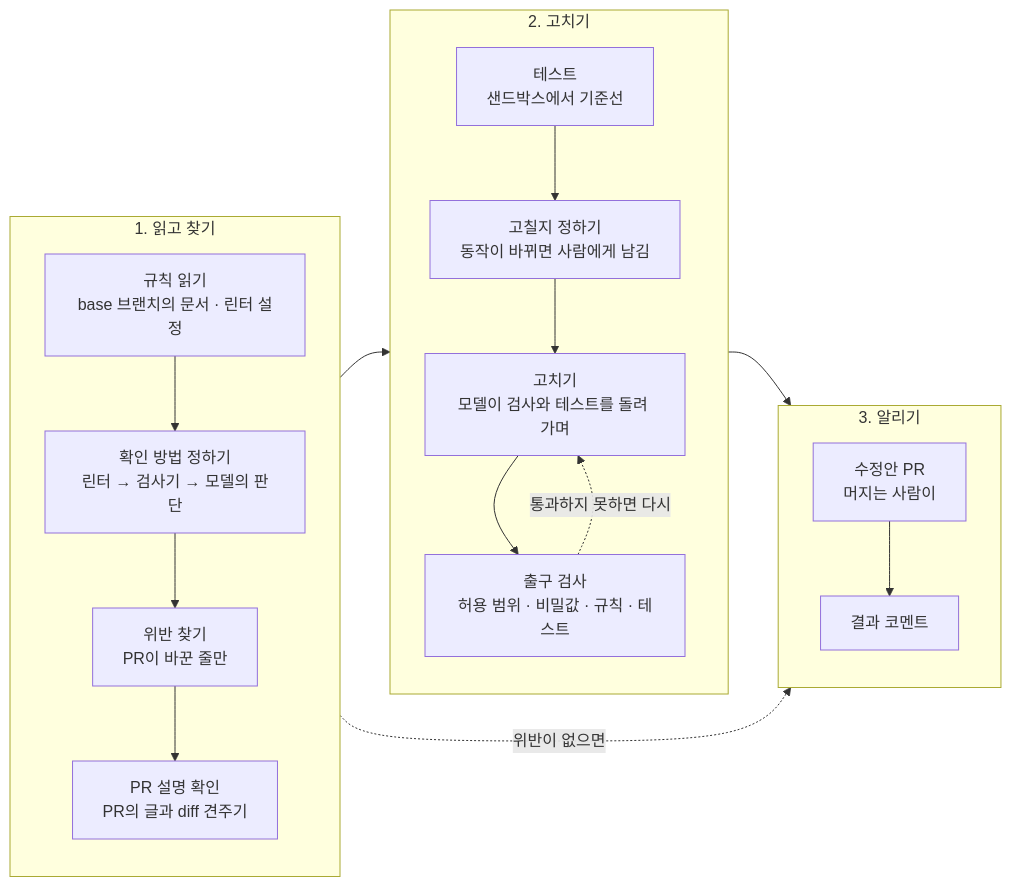
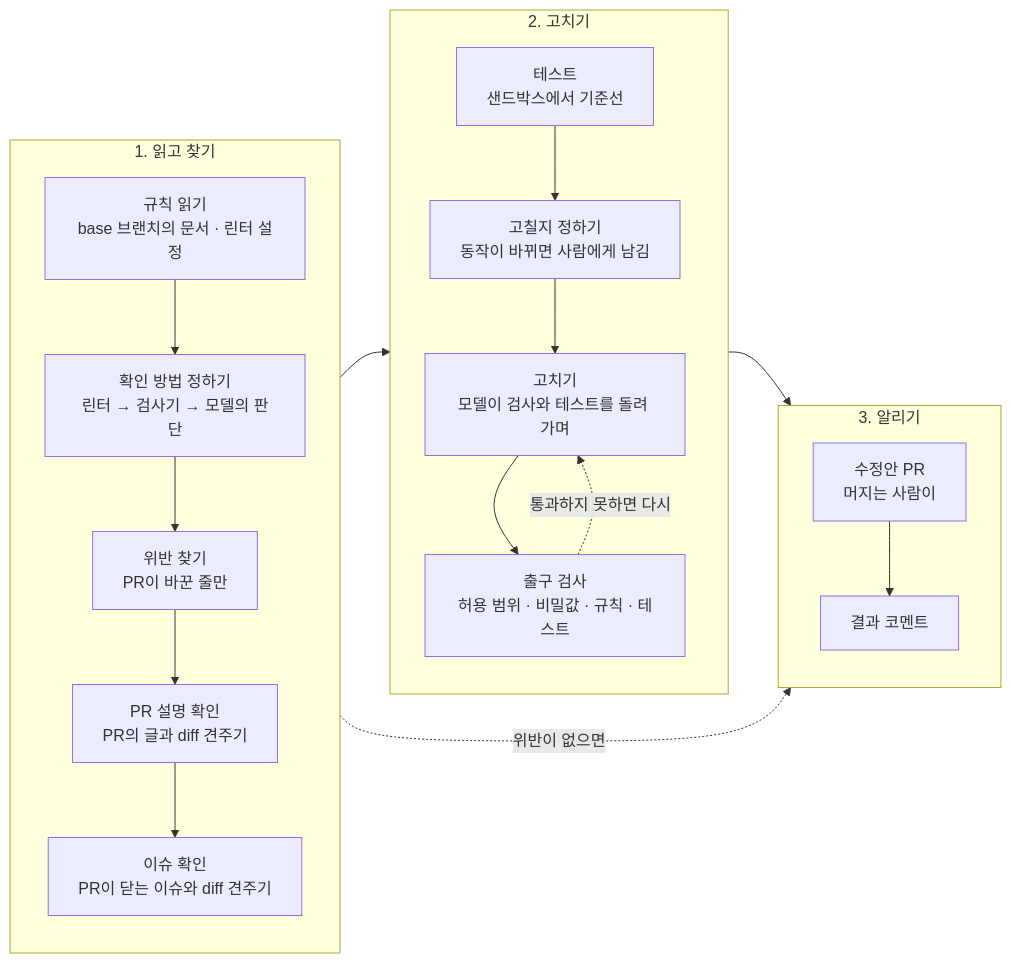
One commit to Eunryong/pr-proof changed the second of 2 diagrams in README.md. Above: the diagram before and after it, drawn with Mermaid. The commit also changed other lines of this file and 29 other files, not shown here.

````diff
--- a/README.md
+++ b/README.md
@@ -279,22 +294,23 @@
 ```mermaid
 flowchart LR
     subgraph S1["1. 읽고 찾기"]
         direction TB
         A1["규칙 읽기<br/>base 브랜치의 문서 · 린터 설정"] --> A2["확인 방법 정하기<br/>린터 → 검사기 → 모델의 판단"]
         A2 --> A3["위반 찾기<br/>PR이 바꾼 줄만"]
         A3 --> A4["PR 설명 확인<br/>PR의 글과 diff 견주기"]
+        A4 --> A5["이슈 확인<br/>PR이 닫는 이슈와 diff 견주기"]
     end
     subgraph S2["2. 고치기"]
         direction TB
         B1["테스트<br/>샌드박스에서 기준선"] --> B2["고칠지 정하기<br/>동작이 바뀌면 사람에게 남김"]
         B2 --> B3["고치기<br/>모델이 검사와 테스트를 돌려 가며"]
         B3 --> B4["출구 검사<br/>허용 범위 · 비밀값 · 규칙 · 테스트"]
         B4 -. "통과하지 못하면 다시" .-> B3
     end
     subgraph S3["3. 알리기"]
         direction TB
         C1["수정안 PR<br/>머지는 사람이"] --> C2["결과 코멘트"]
     end
     S1 --> S2 --> S3
     S1 -. "위반이 없으면" .-> S3
 ```
````
